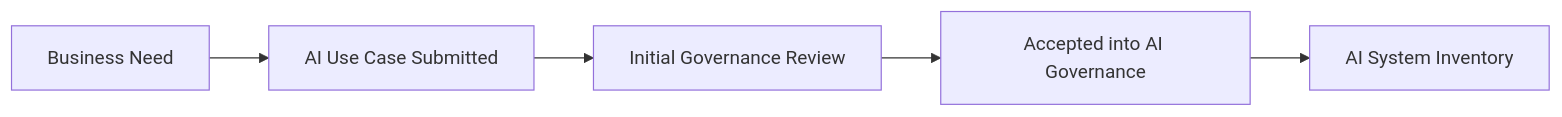
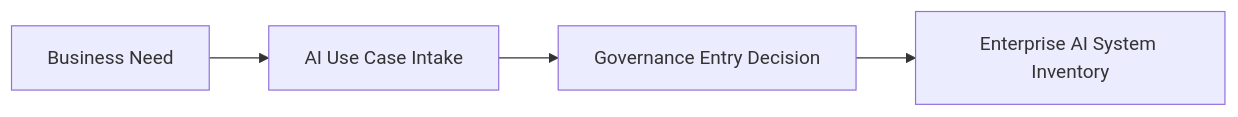
The diagram in 03-AI-Inventory-and-Assessment/01-AI-Use-Case-Intake.md (Governor-AK/enterprise-ai-governance-playbook), drawn with Mermaid before and after one commit. The commit also changed other lines of this file, not shown here.

Commit message:
refactor(inventory): strengthen AI use case intake governance entry

````diff
--- a/03-AI-Inventory-and-Assessment/01-AI-Use-Case-Intake.md
+++ b/03-AI-Inventory-and-Assessment/01-AI-Use-Case-Intake.md
@@ -31,9 +31,8 @@
 ```mermaid
 flowchart LR
 
 A[Business Need]
---> B[AI Use Case Submitted]
---> C[Initial Governance Review]
---> D[Accepted into AI Governance]
---> E[AI System Inventory]
+--> B[AI Use Case Intake]
+--> C[Governance Entry Decision]
+--> D[Enterprise AI System Inventory]
 ```
````
